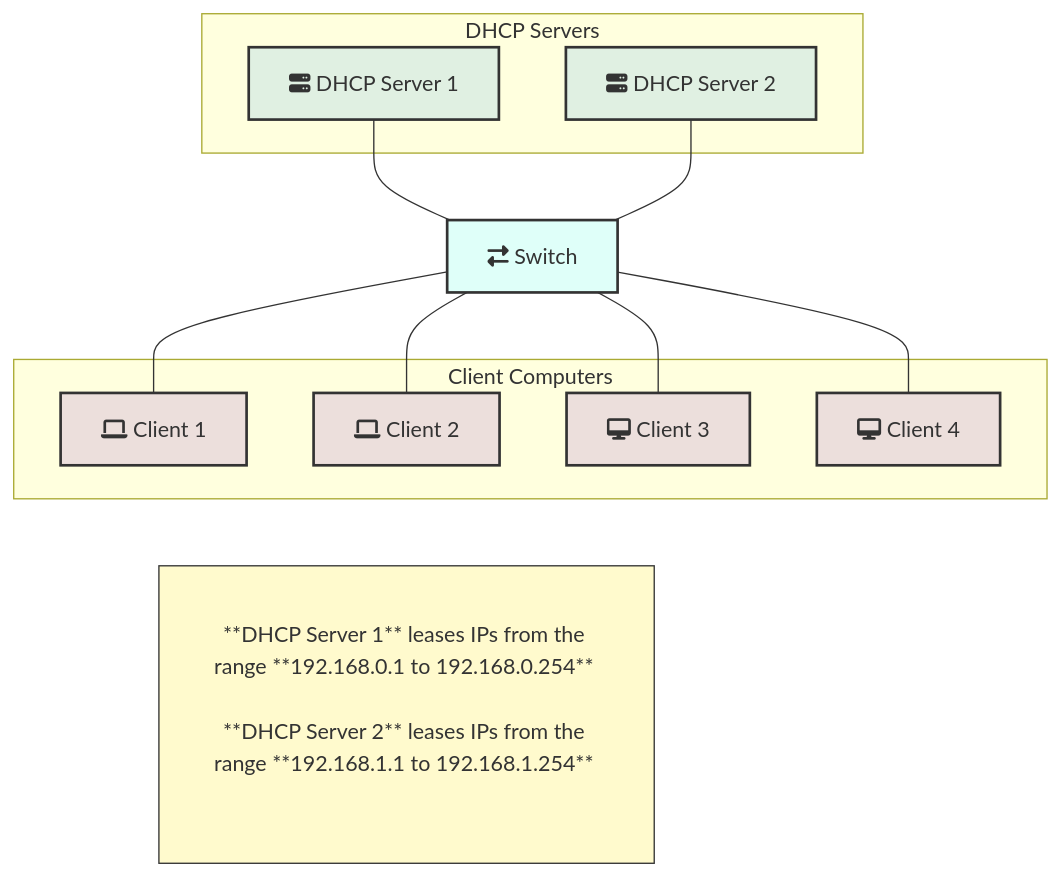
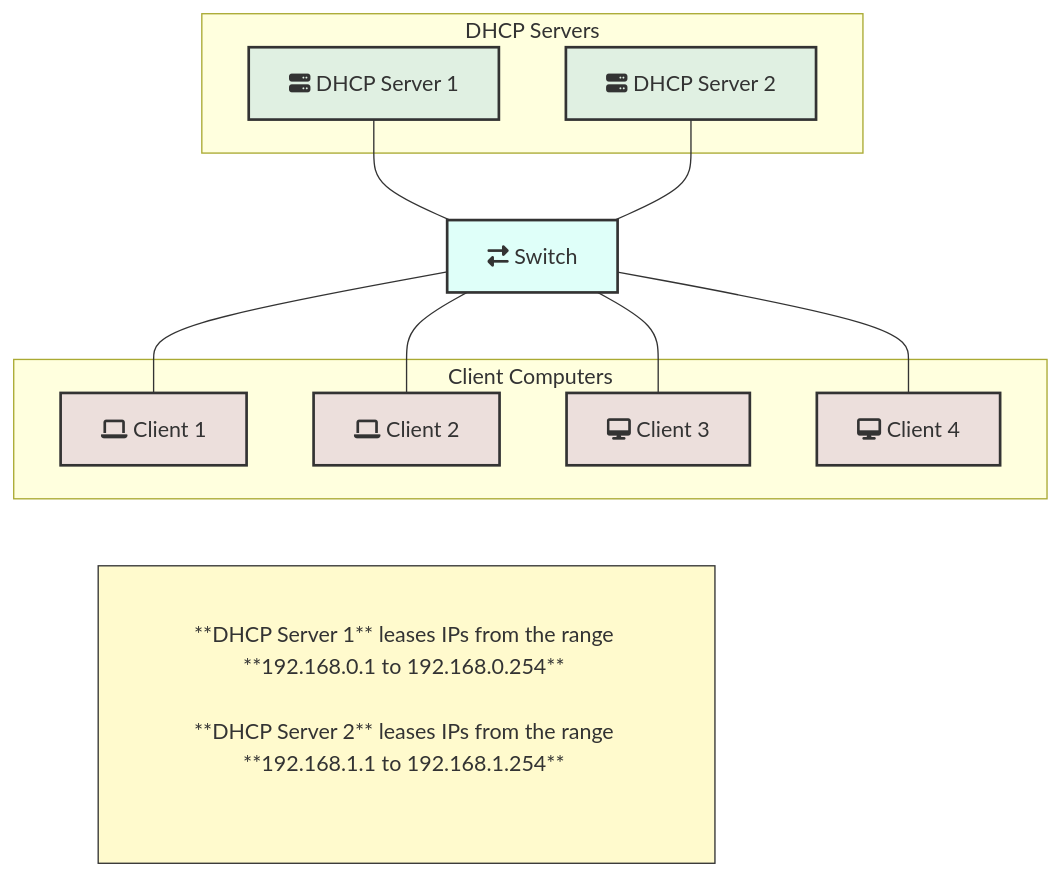
One commit to jtj/Network-Protocol-Diagrams changed the diagram in DHCP/DHCP Use Cases/DHCPFailoverScenarioTopology.mmd. Above: the diagram before and after it, drawn with Mermaid.

Commit message:
adjusted spacing in note

```diff
--- a/DHCP/DHCP Use Cases/DHCPFailoverScenarioTopology.mmd
+++ b/DHCP/DHCP Use Cases/DHCPFailoverScenarioTopology.mmd
@@ -1,48 +1,48 @@
 
 
 graph TD
     %% Define style classes for different device types
     classDef server fill:#add8e660,stroke:#333,stroke-width:2px
     classDef switch fill:#00ffcc20,stroke:#333,stroke-width:2px
     classDef client fill:#6600cc20,stroke:#333,stroke-width:2px
 
     %% --- Server Subgraph ---
     subgraph DHCP Servers
         DHCP1["fa:fa-server DHCP Server 1"]
         
         DHCP2["fa:fa-server DHCP Server 2"]
     end
 
     %% --- Network Switch ---
     SW1["fa:fa-exchange-alt Switch"]
 
     %% --- Client Subgraph ---
     subgraph "Client Computers"
         Client1["fa:fa-laptop Client 1"]
         Client2["fa:fa-laptop Client 2"]
         Client3["fa:fa-desktop Client 3"]
         Client4["fa:fa-desktop Client 4"]
     end
 
     %% --- Define Connections ---
     DHCP1 --- SW1
     DHCP2 --- SW1
     SW1 --- Client1
     SW1 --- Client2
     SW1 --- Client3
     SW1 --- Client4
     Client2 ~~~ NoteBottom
 
   
 
     %% --- Apply Styles ---
     class DHCP1,DHCP2 server
     class SW1 switch
     class Client1,Client2,Client3,Client4 client
 
     %% --- Diagram Note ---
     %% This is a workaround for notes in flowcharts. You can use a dummy node and style it as a note.
-    NoteBottom["<br/>**DHCP Server 1** leases IPs from the range **192.168.0.1 to 192.168.0.254** <br/><br/>**DHCP Server 2** leases IPs from the range **192.168.1.1 to 192.168.1.254** <br/> <span style="opacity:0">..................................................................................</span> "]
+    NoteBottom["<br/>**DHCP Server 1** leases IPs from the range **192.168.0.1 to 192.168.0.254** <br/><br/>**DHCP Server 2** leases IPs from the range **192.168.1.1 to 192.168.1.254** <br/> <span style="opacity:0">..........................................................................................................</span> "]
     NoteBottom:::note
    
     classDef note fill:#fffacd,stroke:#333,stroke-width:1px,color:#333,font-size:16px
```
